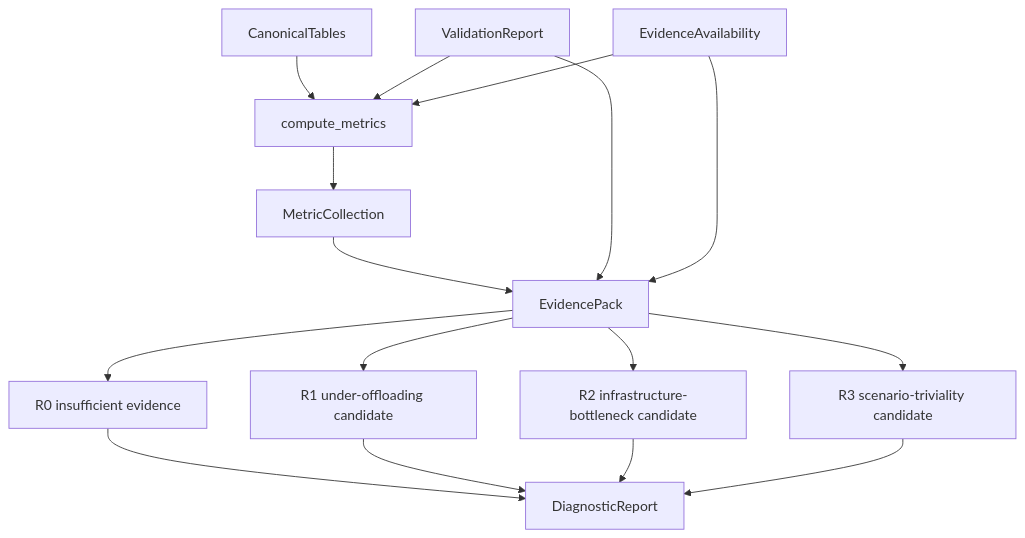
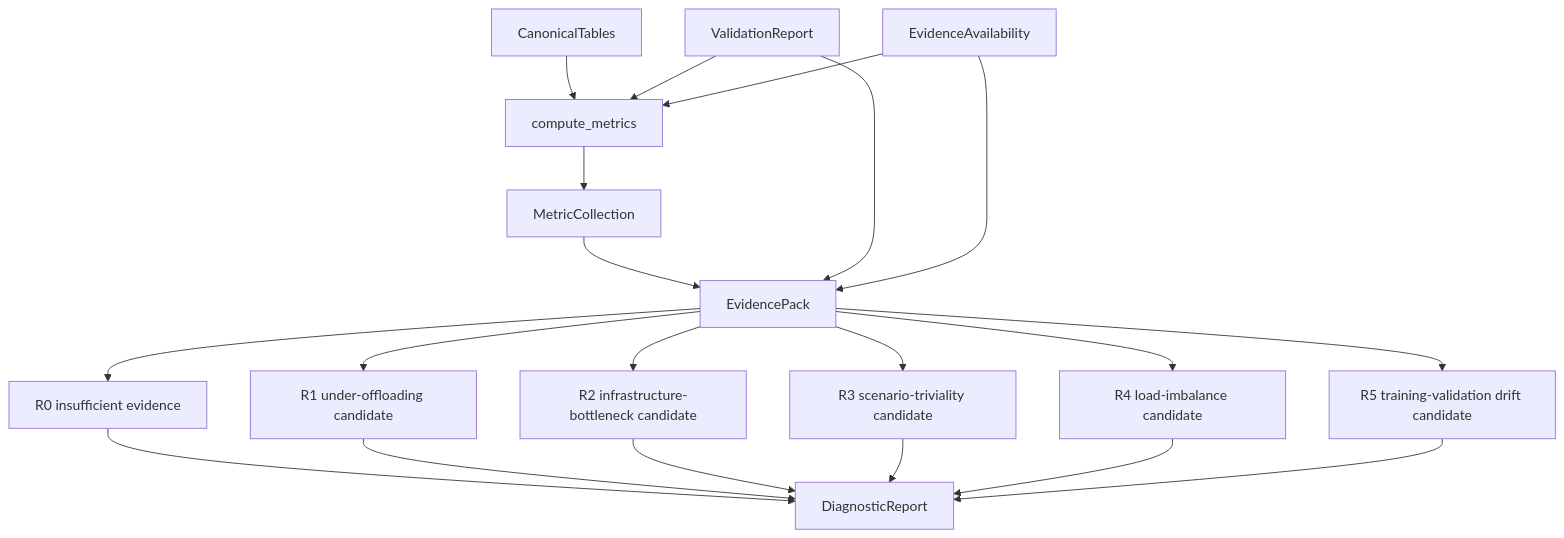
Before and after one commit to Abdulla4akash/traffictwin: diagram 26 of 47 in docs/architecture.md, drawn with Mermaid. The commit also changed other lines of this file and 566 other files, not shown here.

````diff
--- a/docs/architecture.md
+++ b/docs/architecture.md
@@ -165,18 +738,22 @@
 ```mermaid
 flowchart TD
     Canonical[CanonicalTables] --> MetricEngine[compute_metrics]
     Validation[ValidationReport] --> MetricEngine
     Availability[EvidenceAvailability] --> MetricEngine
     MetricEngine --> Collection[MetricCollection]
     Collection --> EvidencePack[EvidencePack]
     Validation --> EvidencePack
     Availability --> EvidencePack
     EvidencePack --> R0[R0 insufficient evidence]
     EvidencePack --> R1[R1 under-offloading candidate]
     EvidencePack --> R2[R2 infrastructure-bottleneck candidate]
     EvidencePack --> R3[R3 scenario-triviality candidate]
+    EvidencePack --> R4[R4 load-imbalance candidate]
+    EvidencePack --> R5[R5 training-validation drift candidate]
     R0 --> Report[DiagnosticReport]
     R1 --> Report
     R2 --> Report
     R3 --> Report
+    R4 --> Report
+    R5 --> Report
 ```
````
